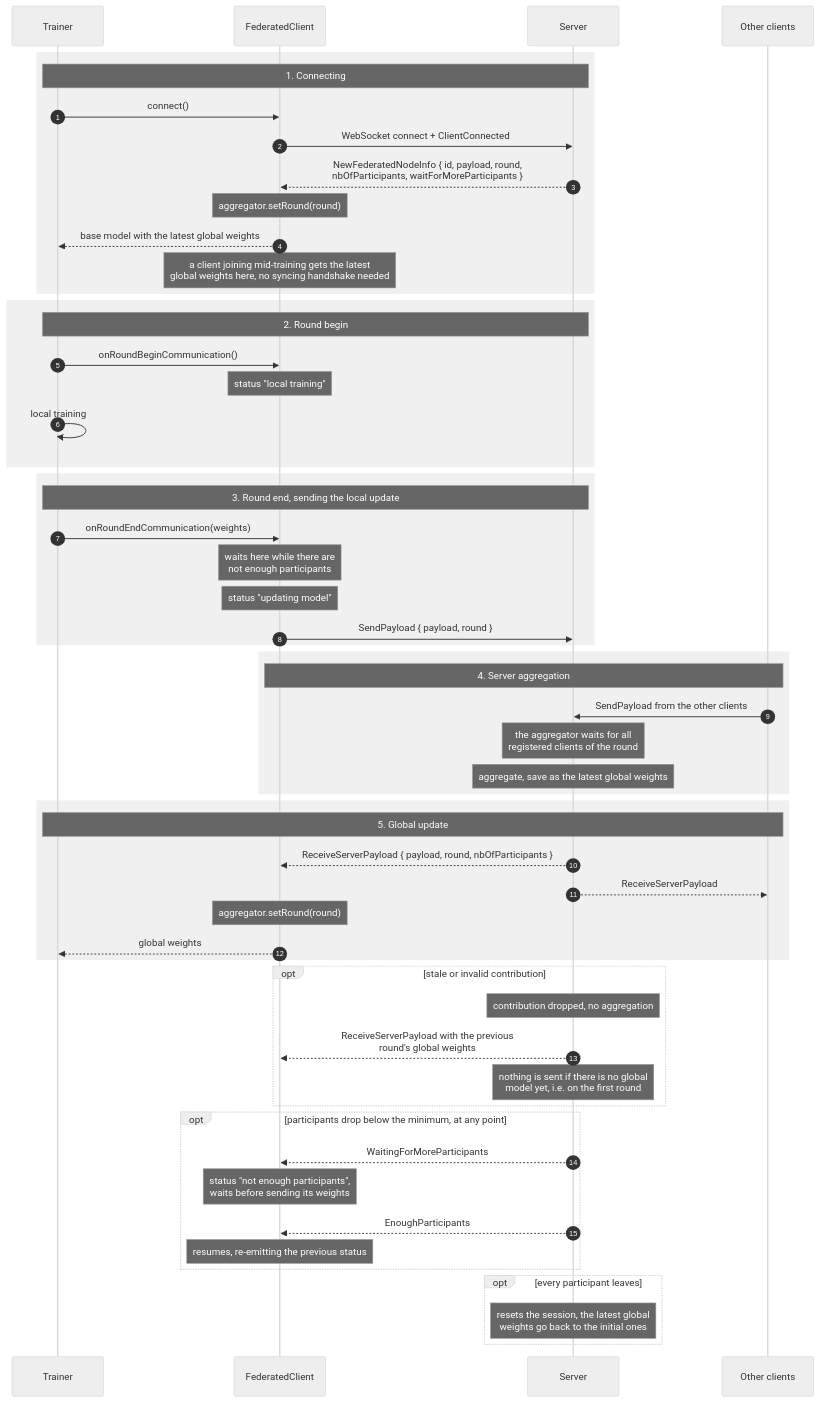
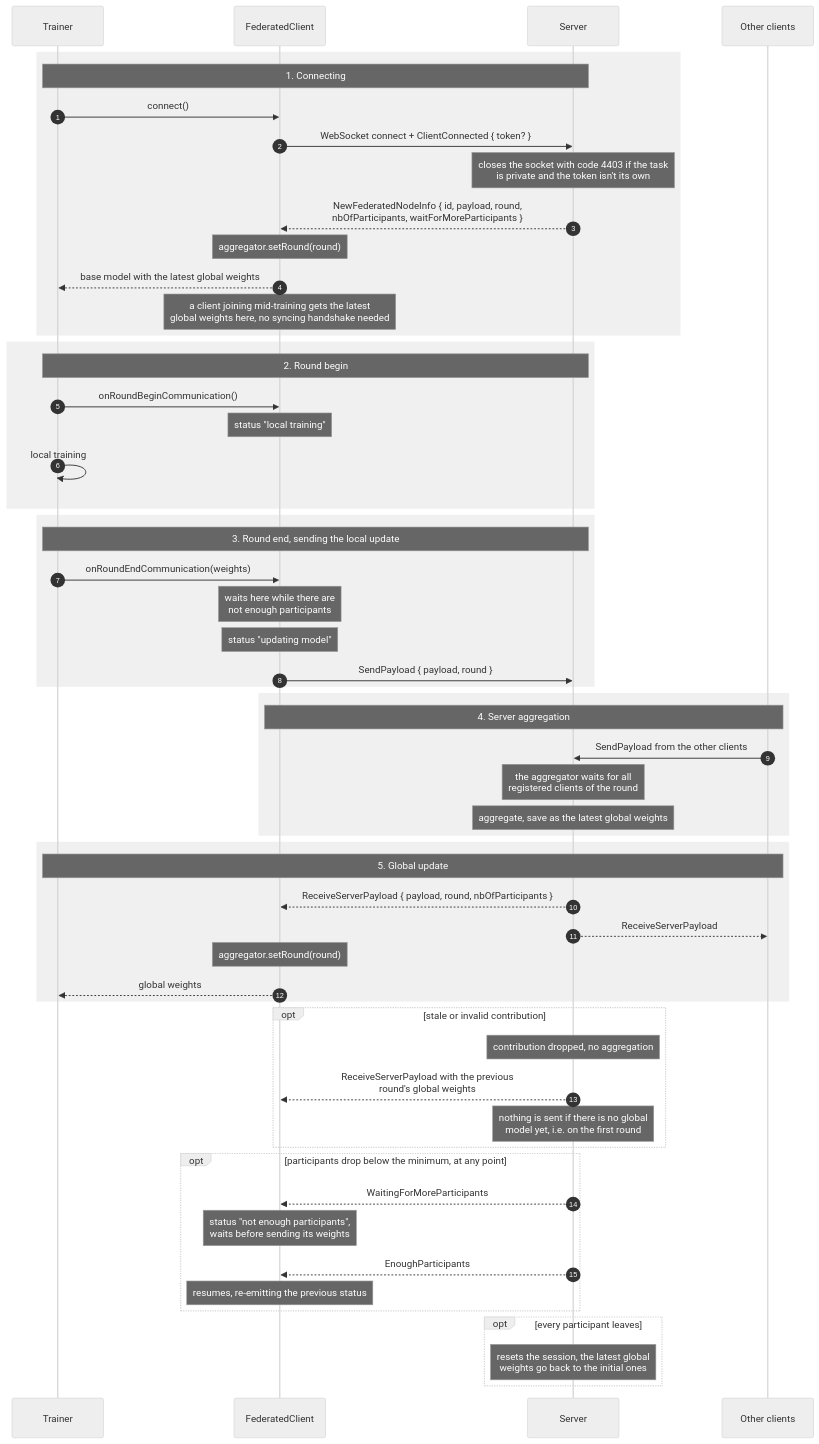
The diagram in docs/FEDERATED.md (epfml/disco), drawn with Mermaid (neutral theme) before and after one commit. The commit also changed 14 other files, not shown here.

Commit message:
server checks if token is matching on ClientConnected

````diff
--- a/docs/FEDERATED.md
+++ b/docs/FEDERATED.md
@@ -27,65 +27,66 @@
 ```mermaid
 sequenceDiagram
     autonumber
     participant T as Trainer
     participant C as FederatedClient
     participant S as Server
     participant O as Other clients
 
     rect rgb(240,240,240)
         Note over T,S: 1. Connecting
         T->>C: connect()
-        C->>S: WebSocket connect + ClientConnected
+        C->>S: WebSocket connect + ClientConnected { token? }
+        Note over S: closes the socket with code 4403 if the task<br/>is private and the token isn't its own
         S-->>C: NewFederatedNodeInfo { id, payload, round,<br/>nbOfParticipants, waitForMoreParticipants }
         Note over C: aggregator.setRound(round)
         C-->>T: base model with the latest global weights
         Note over C: a client joining mid-training gets the latest<br/>global weights here, no syncing handshake needed
     end
 
     rect rgb(240,240,240)
         Note over T,S: 2. Round begin
         T->>C: onRoundBeginCommunication()
         Note over C: status "local training"
         T->>T: local training
     end
 
     rect rgb(240,240,240)
         Note over T,S: 3. Round end, sending the local update
         T->>C: onRoundEndCommunication(weights)
         Note over C: waits here while there are<br/>not enough participants
         Note over C: status "updating model"
         C->>S: SendPayload { payload, round }
     end
 
     rect rgb(240,240,240)
         Note over C,O: 4. Server aggregation
         O->>S: SendPayload from the other clients
         Note over S: the aggregator waits for all<br/>registered clients of the round
         Note over S: aggregate, save as the latest global weights
     end
 
     rect rgb(240,240,240)
         Note over T,O: 5. Global update
         S-->>C: ReceiveServerPayload { payload, round, nbOfParticipants }
         S-->>O: ReceiveServerPayload
         Note over C: aggregator.setRound(round)
         C-->>T: global weights
     end
 
     opt stale or invalid contribution
         Note over S: contribution dropped, no aggregation
         S-->>C: ReceiveServerPayload with the previous<br/>round's global weights
         Note over S: nothing is sent if there is no global<br/>model yet, i.e. on the first round
     end
 
     opt participants drop below the minimum, at any point
         S-->>C: WaitingForMoreParticipants
         Note over C: status "not enough participants",<br/>waits before sending its weights
         S-->>C: EnoughParticipants
         Note over C: resumes, re-emitting the previous status
     end
 
     opt every participant leaves
         Note over S: resets the session, the latest global<br/>weights go back to the initial ones
     end
 ```
````
